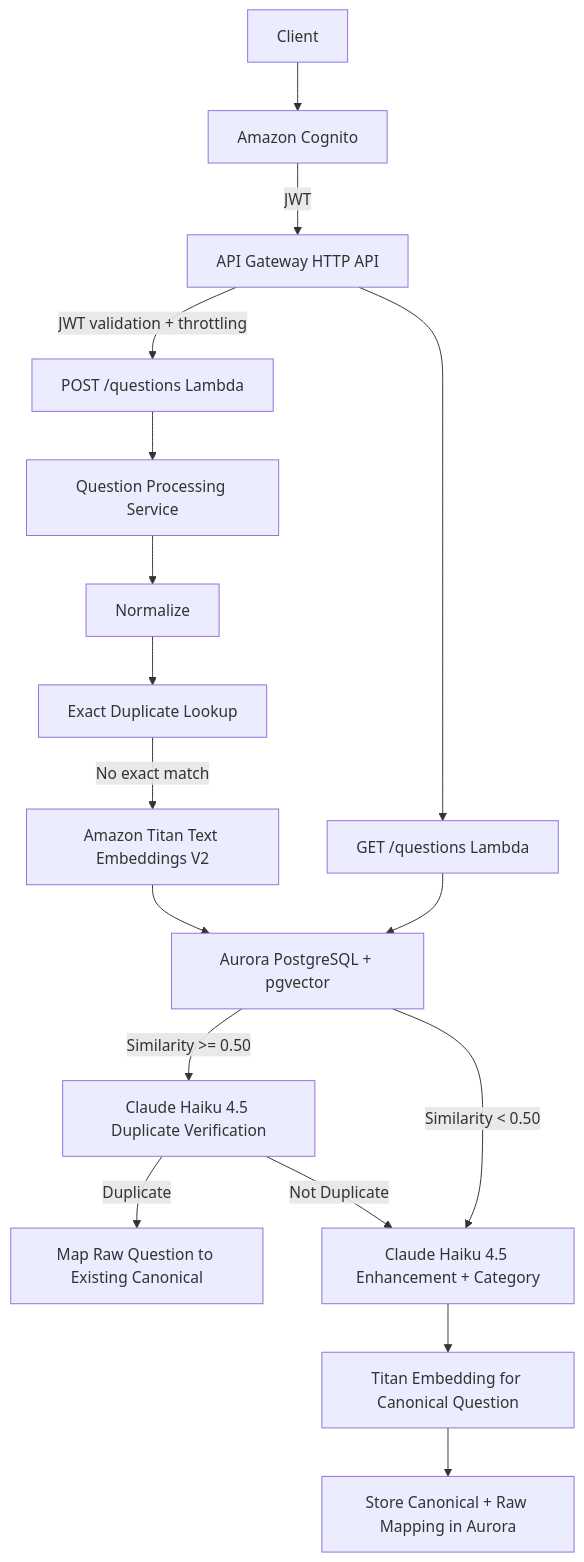
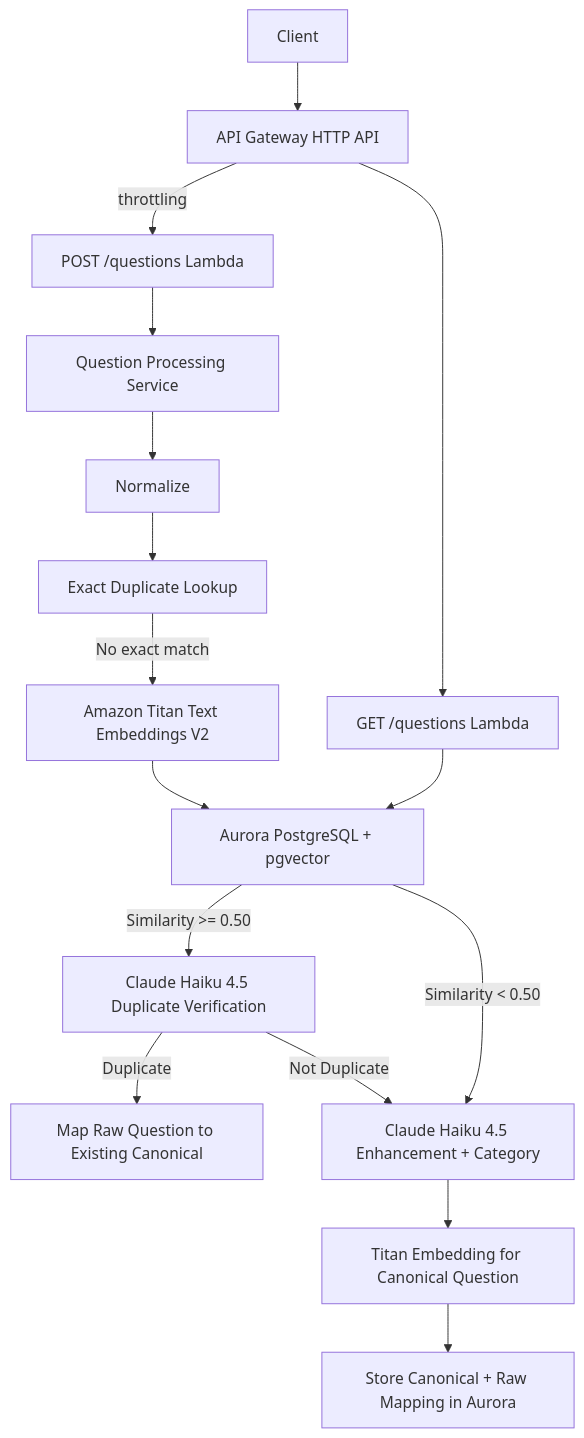
One commit to SayhoonL/interview_AI changed the diagram in README.md. Above: the diagram before and after it, drawn with Mermaid. The commit also changed other lines of this file and 34 other files, not shown here.

````diff
--- a/README.md
+++ b/README.md
@@ -27,21 +27,20 @@
 ```mermaid
 flowchart TD
-    A[Client] --> B[Amazon Cognito]
-    B -->|JWT| C[API Gateway HTTP API]
-    C -->|JWT validation + throttling| D1[POST /questions Lambda]
+    A[Client] --> C[API Gateway HTTP API]
+    C -->|throttling| D1[POST /questions Lambda]
     C --> D2[GET /questions Lambda]
 
     D1 --> E[Question Processing Service]
     E --> F[Normalize]
     F --> G[Exact Duplicate Lookup]
     G -->|No exact match| H[Amazon Titan Text Embeddings V2]
     H --> I[Aurora PostgreSQL + pgvector]
     I -->|Similarity >= 0.50| J[Claude Haiku 4.5 Duplicate Verification]
     J -->|Duplicate| K[Map Raw Question to Existing Canonical]
     J -->|Not Duplicate| L[Claude Haiku 4.5 Enhancement + Category]
     I -->|Similarity < 0.50| L
     L --> M[Titan Embedding for Canonical Question]
     M --> N[Store Canonical + Raw Mapping in Aurora]
 
     D2 --> I
 ```
````
